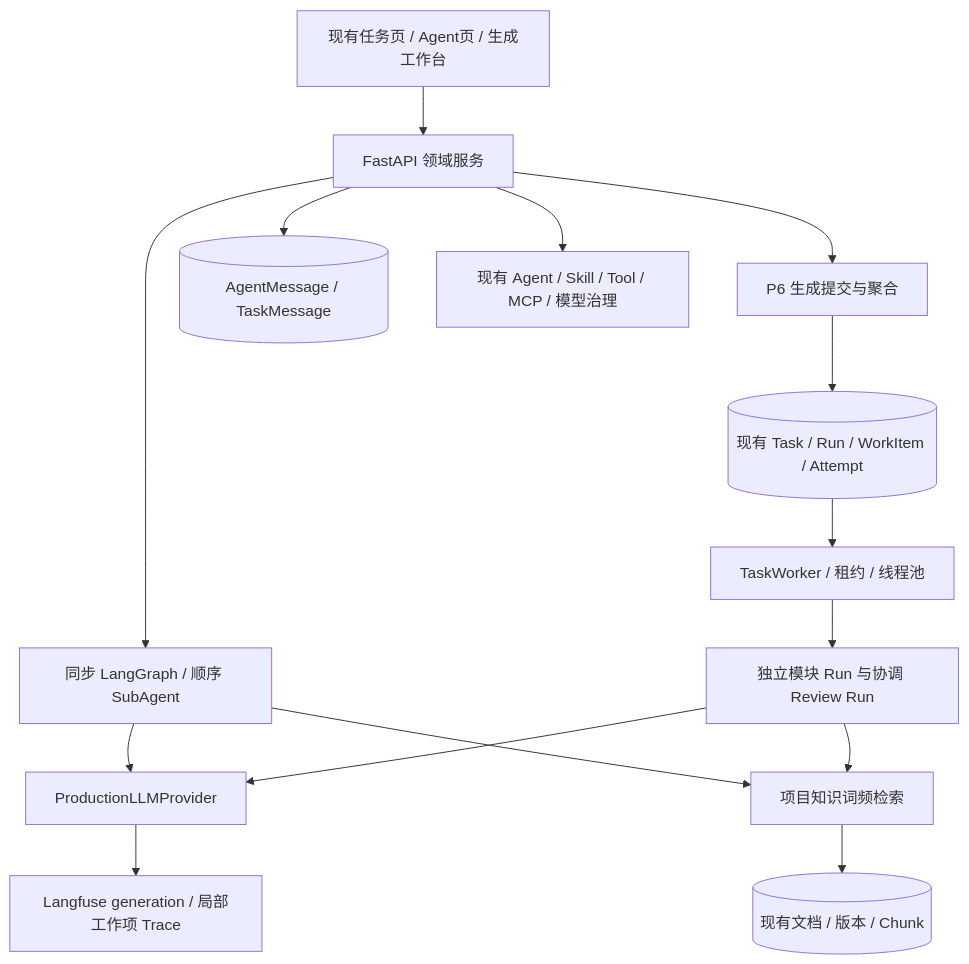
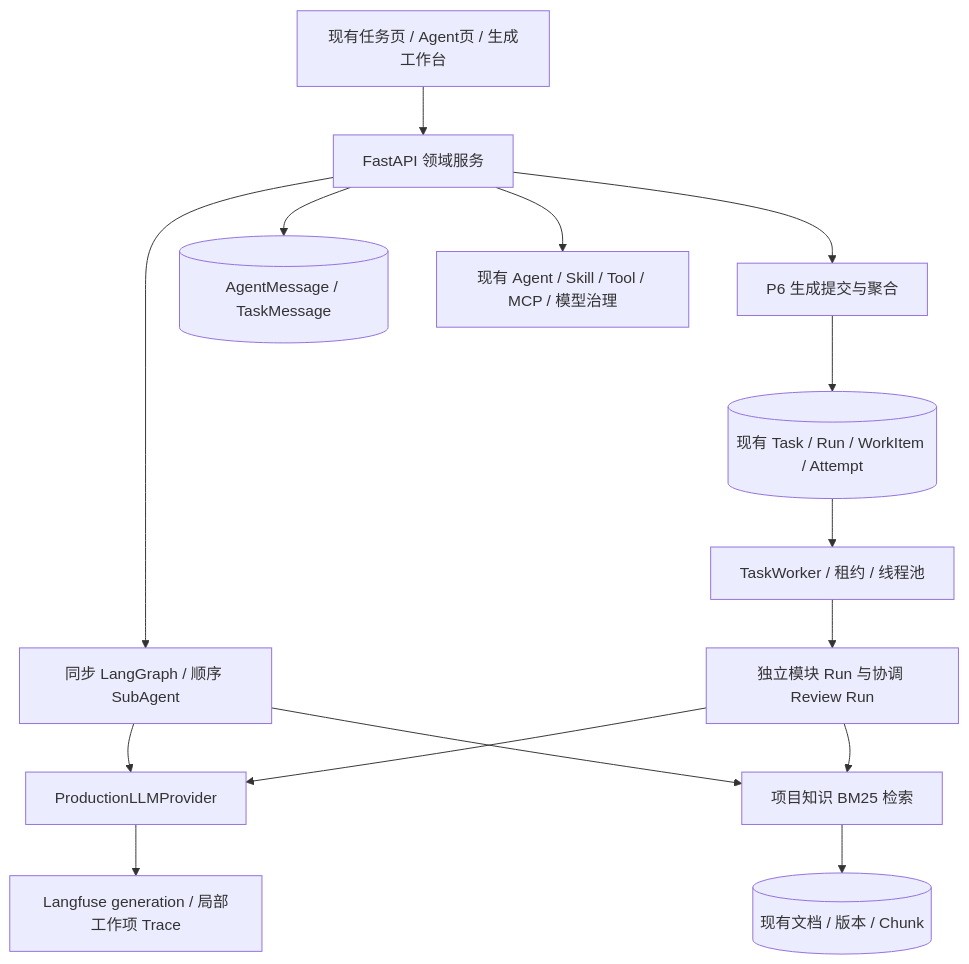
Before and after one commit to Jason-Guillaume/AI-Test-Project: the first of 5 diagrams in docs/p6/super-agent-runtime-unification-plan.md, drawn with Mermaid. The commit also changed other lines of this file and 54 other files, not shown here.

````diff
--- a/docs/p6/super-agent-runtime-unification-plan.md
+++ b/docs/p6/super-agent-runtime-unification-plan.md
@@ -66,17 +79,17 @@
 ```mermaid
 flowchart TB
   UI[现有任务页 / Agent页 / 生成工作台] --> API[FastAPI 领域服务]
   API --> SYNC[同步 LangGraph / 顺序 SubAgent]
   API --> P6[P6 生成提交与聚合]
   P6 --> DB[(现有 Task / Run / WorkItem / Attempt)]
   DB --> W[TaskWorker / 租约 / 线程池]
   W --> MOD[独立模块 Run 与协调 Review Run]
   SYNC --> LLM[ProductionLLMProvider]
   MOD --> LLM
   LLM --> LF[Langfuse generation / 局部工作项 Trace]
-  SYNC --> K[项目知识词频检索]
+  SYNC --> K[项目知识 BM25 检索]
   MOD --> K
   K --> KD[(现有文档 / 版本 / Chunk)]
   API --> MSG[(AgentMessage / TaskMessage)]
   API --> GOV[现有 Agent / Skill / Tool / MCP / 模型治理]
 ```
````
